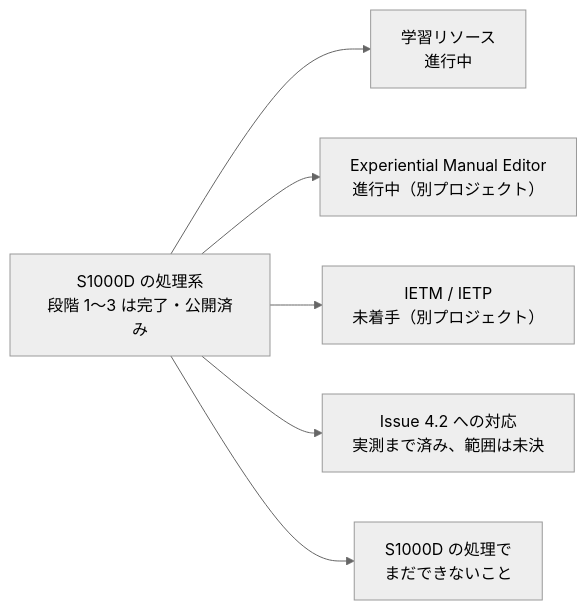
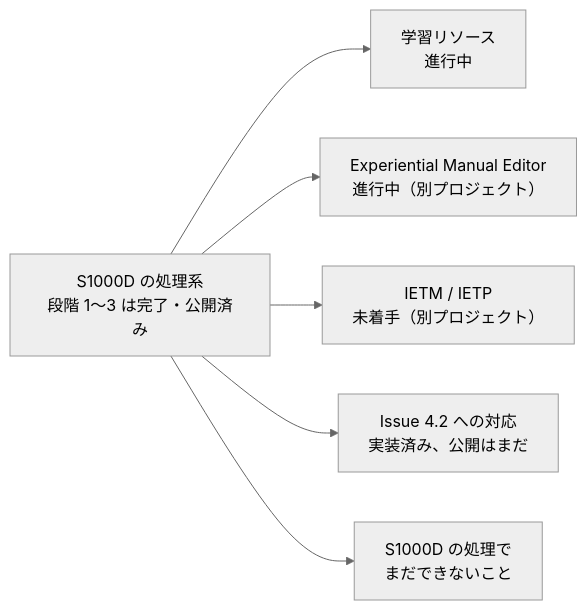
One commit to shuji-bonji/s1000d-stack changed the third of 5 diagrams in docs/ROADMAP.md. Above: the diagram before and after it, drawn with Mermaid (neutral theme). The commit also changed other lines of this file and 6 other files, not shown here.

````diff
--- a/docs/ROADMAP.md
+++ b/docs/ROADMAP.md
@@ -95,8 +95,8 @@
 ```mermaid
 flowchart LR
   B["S1000D の処理系<br/>段階 1〜3 は完了・公開済み"] --> L["学習リソース<br/>進行中"]
   B --> X["Experiential Manual Editor<br/>進行中（別プロジェクト）"]
   B --> I["IETM / IETP<br/>未着手（別プロジェクト）"]
-  B --> V["Issue 4.2 への対応<br/>実測まで済み、範囲は未決"]
+  B --> V["Issue 4.2 への対応<br/>実装済み、公開はまだ"]
   B --> F["S1000D の処理で<br/>まだできないこと"]
 ```
````
